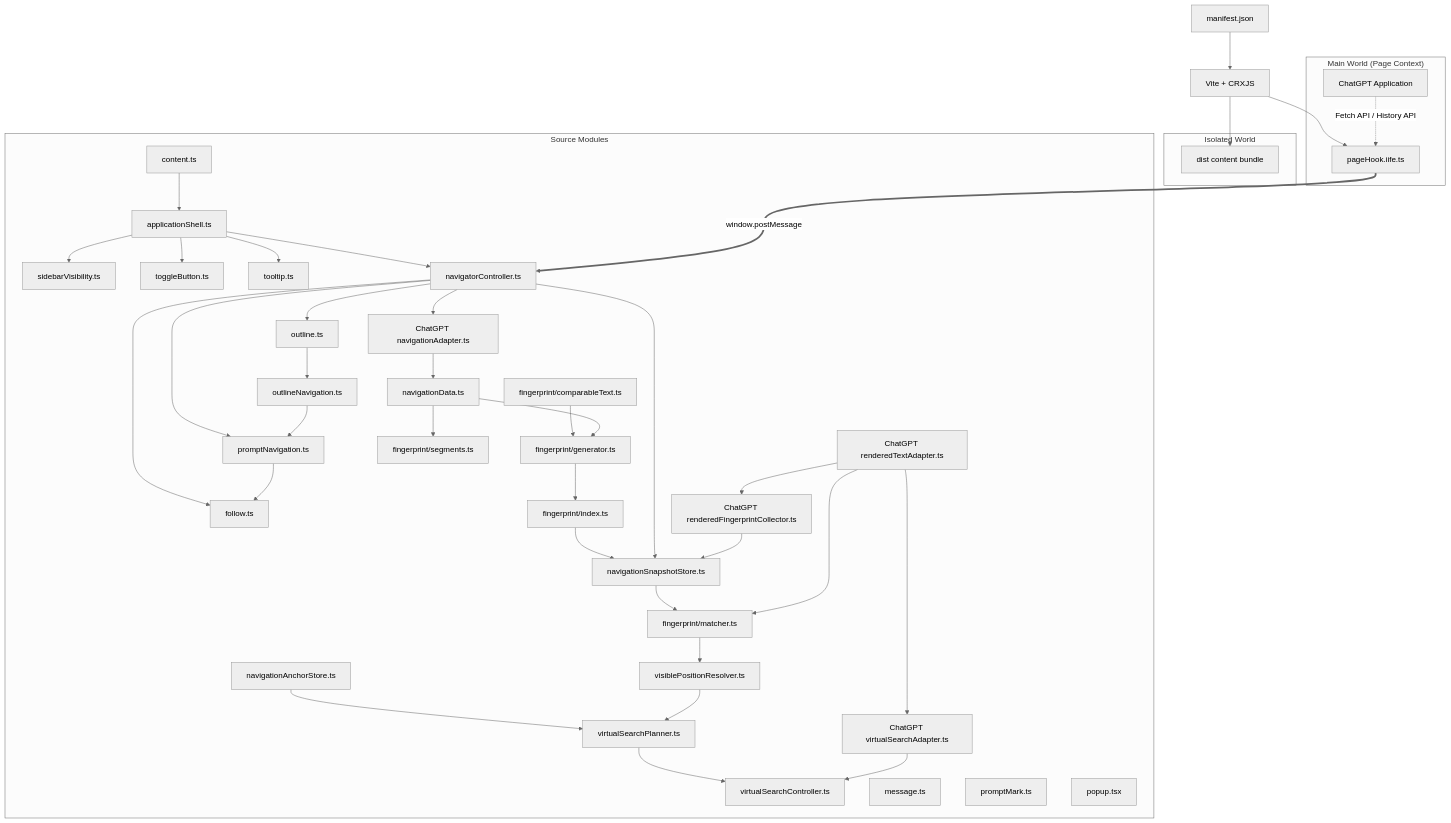
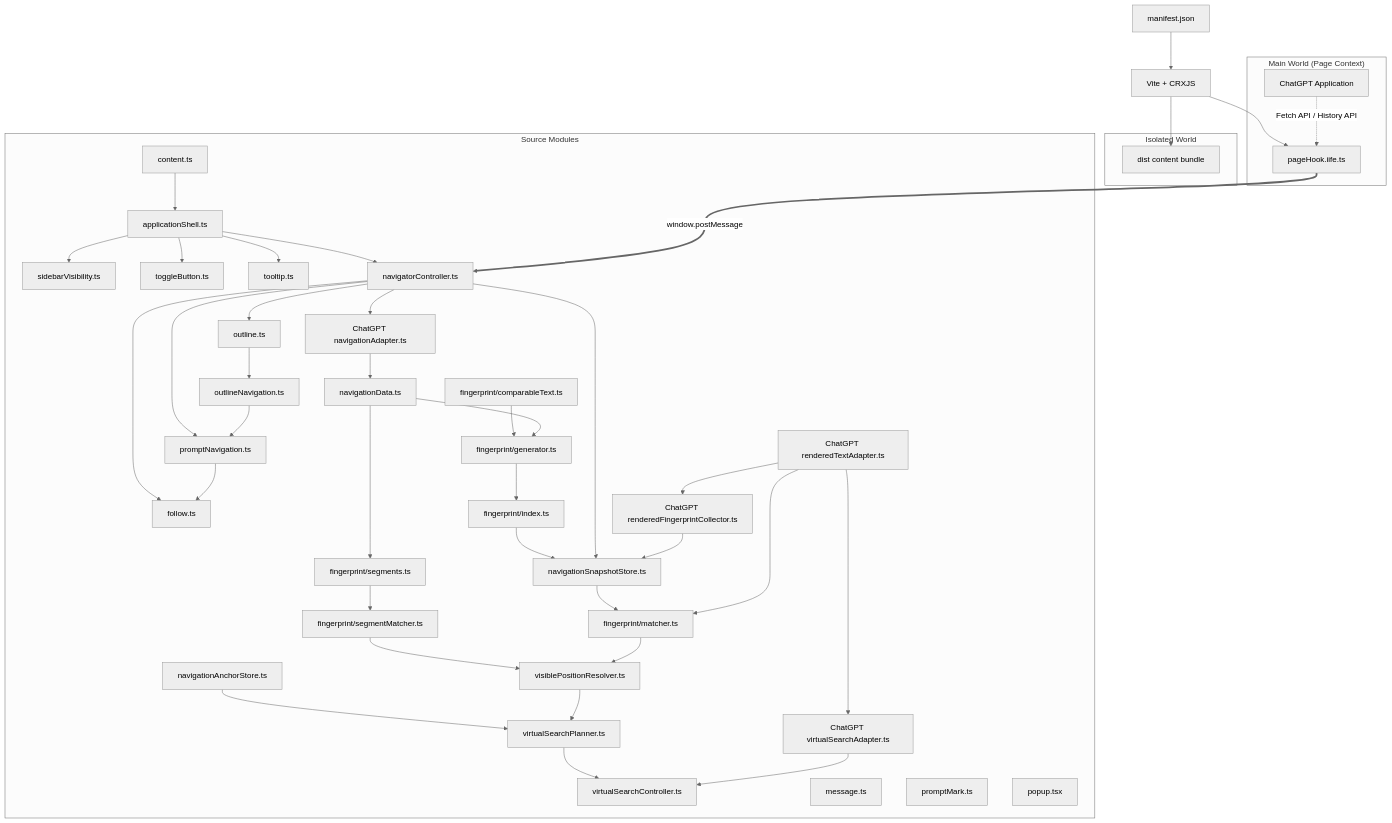
The diagram in docs/ARCHITECTURE.md (Leo7805/luna-toc), drawn with Mermaid (neutral theme) before and after one commit. The commit also changed other lines of this file and 16 other files, not shown here.

Commit message:
feat(navigation): resolve visible response segment positions

```diff
--- a/docs/ARCHITECTURE.md
+++ b/docs/ARCHITECTURE.md
@@ -27,6 +27,7 @@
         comparableText[fingerprint/comparableText.ts]
         fingerprint[fingerprint/generator.ts]
         fingerprintSegments[fingerprint/segments.ts]
+        segmentMatcher[fingerprint/segmentMatcher.ts]
         fingerprintIndex[fingerprint/index.ts]
         fingerprintMatcher[fingerprint/matcher.ts]
         visiblePosition[visiblePositionResolver.ts]
@@ -70,6 +71,8 @@
     navigationData --> fingerprint
     fingerprint --> fingerprintIndex
     navigationData --> fingerprintSegments
+    fingerprintSegments --> segmentMatcher
+    segmentMatcher --> visiblePosition
     fingerprintIndex --> snapshotStore
     snapshotStore --> fingerprintMatcher
     fingerprintMatcher --> visiblePosition
```
